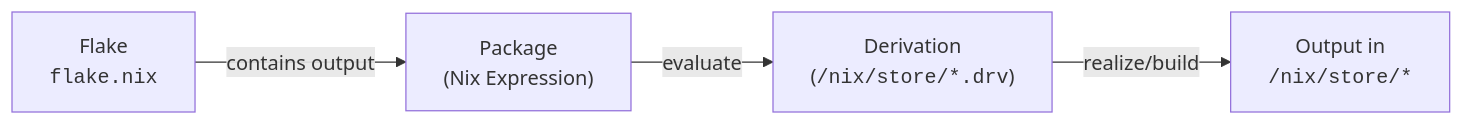
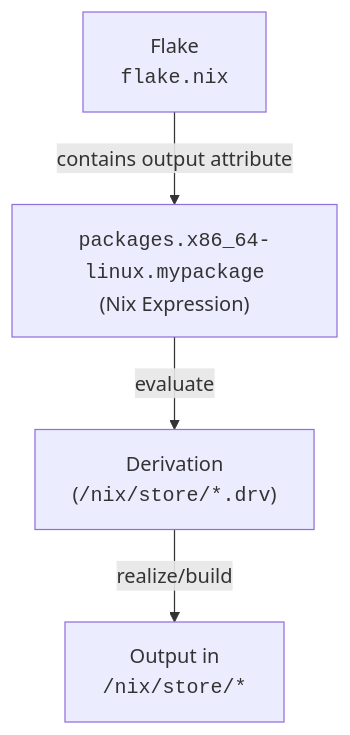
Before and after one commit to sdsc-ordes/nix-workshop: the diagram in README.md, drawn with Mermaid.

````diff
--- a/README.md
+++ b/README.md
@@ -306,6 +306,6 @@
 ```mermaid
-flowchart LR
-    A["Flake<br><code>flake.nix</code>"] -->|"contains output"| B["Package<br>(Nix Expression)"]
+flowchart TB
+    A["Flake<br><code>flake.nix</code>"] -->|"contains output attribute"| B["<code>packages.x86_64-linux.mypackage</code><br>(Nix Expression)"]
     B -->|"evaluate"| C["Derivation<br>(<code>/nix/store/*.drv</code>)"]
     C -->|"realize/build"| D["Output in<br><code>/nix/store/*</code>"]
 ```
````
